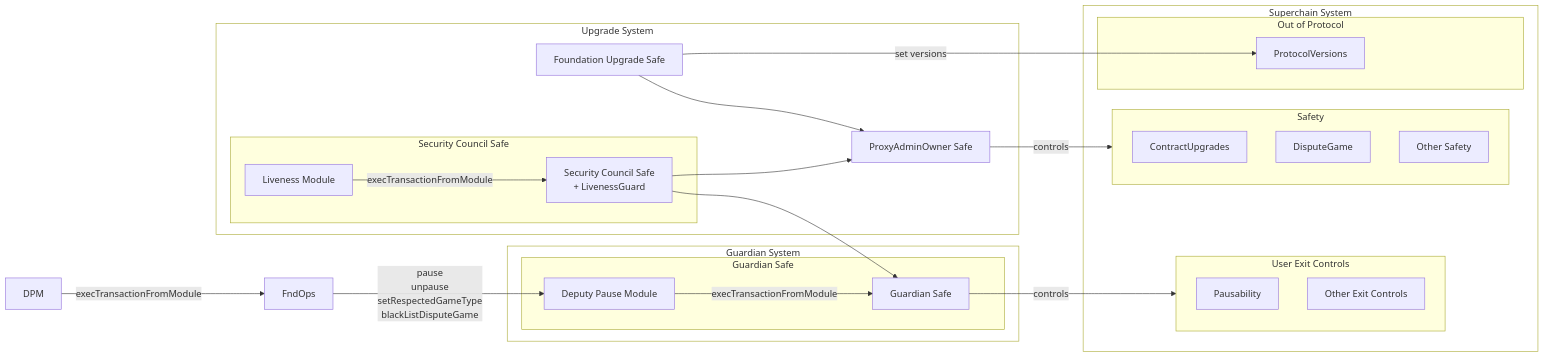
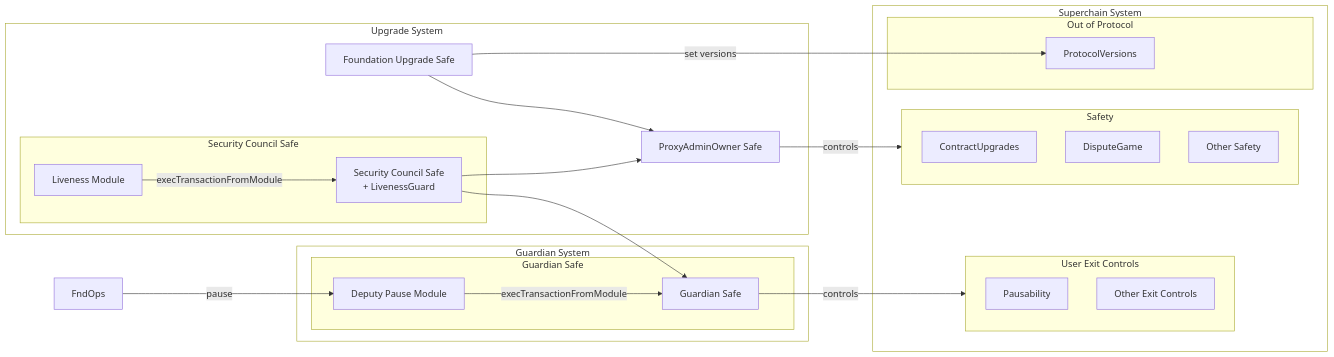
The diagram in specs/protocol/stage-1.md (ethereum-optimism/specs), drawn with Mermaid before and after one commit. The commit also changed 1 other file, not shown here.

Commit message:
fix: feedback from adrian

````diff
--- a/specs/protocol/stage-1.md
+++ b/specs/protocol/stage-1.md
@@ -94,48 +94,47 @@
 ```mermaid
 flowchart LR
    subgraph SuperchainSystem[Superchain System]
       subgraph Exit[User Exit Controls]
          Pausability
          OtherExit[Other Exit Controls]
       end
       subgraph Safety
          ContractUpgrades
          DisputeGame
          OtherSafety[Other Safety]
       end
       subgraph NonProtocol[Out of Protocol]
          PV[ProtocolVersions]
       end
    end
 
    subgraph UpgradeSystem[Upgrade System]
       FndUp[Foundation Upgrade Safe]
       POA[ProxyAdminOwner Safe]
       subgraph Security Council Safe
          Council[Security Council Safe\n+ LivenessGuard]
          LM[Liveness Module]
       end
    end
 
    subgraph GuardianSystem[Guardian System]
       subgraph GuardianSafe[Guardian Safe]
          GS[Guardian Safe]
-         DGM[Deputy Pause Module]
+         DPM[Deputy Pause Module]
       end
    end
 
     POA -->|controls| Safety
     FndUp --> POA
     Council --> POA
     Council --> GS
-    FndOps -->|pause\nunpause\nsetRespectedGameType\nblackListDisputeGame| DGM
-    DPM -->|execTransactionFromModule| FndOps
+    FndOps -->|pause| DPM
     FndUp -->|set versions|PV
     LM -->|execTransactionFromModule| Council
-    DGM -->|execTransactionFromModule| GS
+    DPM -->|execTransactionFromModule| GS
     GS -->|controls| Exit
 
    %% Declare a class to make the outer boxes somewhat transparent to provide some contrast
    classDef outer fill:#ffffff44
    class SuperchainSystem,GuardianSystem,UpgradeSystem outer
 ```
````
